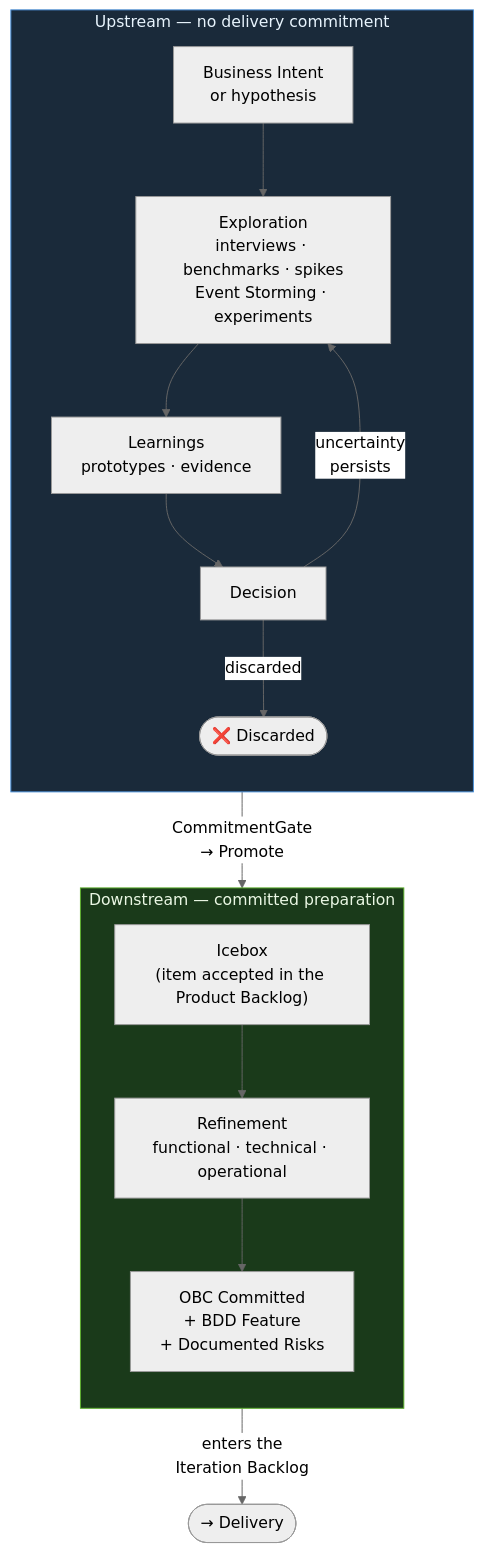
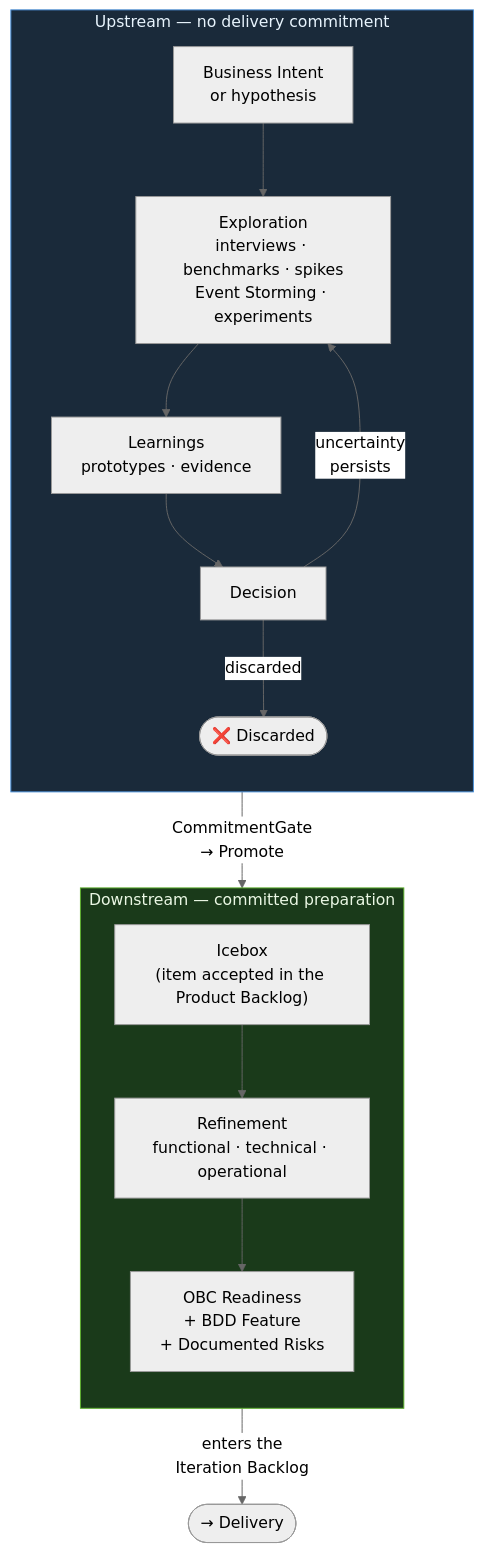
Before and after one commit to produtoreativo/prodops-framework: the diagram in prodops/framework/journeys/discovery/README.en.md, drawn with Mermaid (neutral theme). The commit also changed other lines of this file and 70 other files, not shown here.

````diff
--- a/prodops/framework/journeys/discovery/README.en.md
+++ b/prodops/framework/journeys/discovery/README.en.md
@@ -3,27 +3,27 @@
 ```mermaid
 flowchart TD
     subgraph UP["Upstream — no delivery commitment"]
         direction TB
         INT["Business Intent\nor hypothesis"]
         EXP["Exploration\ninterviews · benchmarks · spikes\nEvent Storming · experiments"]
         LEARN["Learnings\nprototypes · evidence"]
         DISC["Decision"]
         INT --> EXP --> LEARN --> DISC
         DISC -->|"uncertainty\npersists"| EXP
         DISC -->|"discarded"| DISCARD(["❌ Discarded"])
     end
 
     subgraph DOWN["Downstream — committed preparation"]
         direction TB
         ICE["Icebox\n(item accepted in the Product Backlog)"]
         REF["Refinement\nfunctional · technical · operational"]
-        OBC["OBC Committed\n+ BDD Feature\n+ Documented Risks"]
+        OBC["OBC Readiness\n+ BDD Feature\n+ Documented Risks"]
         ICE --> REF --> OBC
     end
 
     DISC -->|"CommitmentGate\n→ Promote"| DOWN
     OBC -->|"enters the\nIteration Backlog"| NEXT(["→ Delivery"])
 
     style UP fill:#1a2a3a,stroke:#4a90d9,color:#e8f4fd
     style DOWN fill:#1a3a1a,stroke:#5aad2a,color:#eaf7e4
 ```
````
